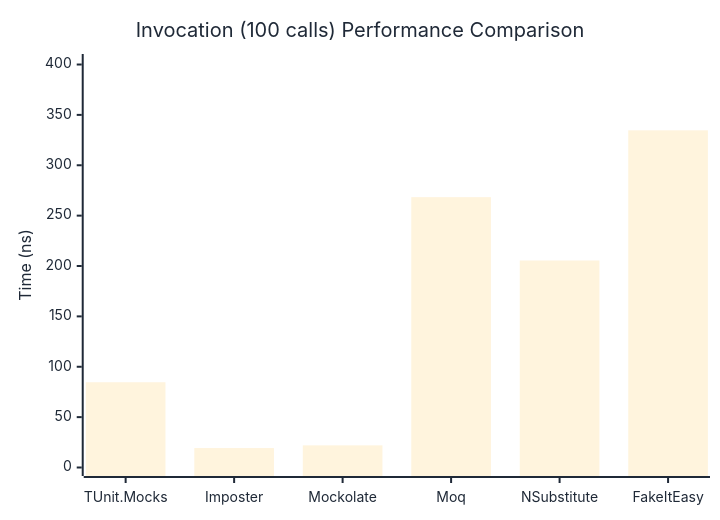
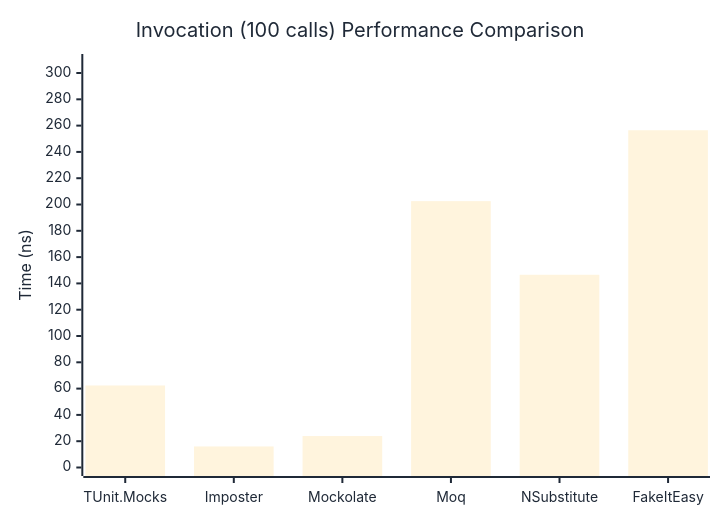
The first of 3 diagrams in docs/docs/benchmarks/mocks/Invocation.md (thomhurst/TUnit), drawn with Mermaid before and after one commit. The commit also changed other lines of this file and 14 other files, not shown here.

````diff
--- a/docs/docs/benchmarks/mocks/Invocation.md
+++ b/docs/docs/benchmarks/mocks/Invocation.md
@@ -32,27 +32,27 @@
 ```mermaid
 %%{init: {
   'theme':'base',
   'themeVariables': {
     'primaryColor': '#2563eb',
     'primaryTextColor': '#1f2937',
     'primaryBorderColor': '#1e40af',
     'lineColor': '#6b7280',
     'secondaryColor': '#7c3aed',
     'tertiaryColor': '#dc2626',
     'background': '#ffffff',
     'pie1': '#2563eb',
     'pie2': '#7c3aed',
     'pie3': '#dc2626',
     'pie4': '#f59e0b',
     'pie5': '#10b981',
     'pie6': '#06b6d4',
     'pie7': '#ec4899',
     'pie8': '#6366f1'
   }
 }}%%
 xychart-beta
   title "Invocation (100 calls) Performance Comparison"
   x-axis ["TUnit.Mocks", "Imposter", "Mockolate", "Moq", "NSubstitute", "FakeItEasy"]
-  y-axis "Time (ns)" 0 --> 402
-  bar [84.63, 19.3, 21.99, 268.34, 205.47, 334.68]
+  y-axis "Time (ns)" 0 --> 308
+  bar [62.37, 16, 23.92, 202.57, 146.58, 256.47]
 ```
````
